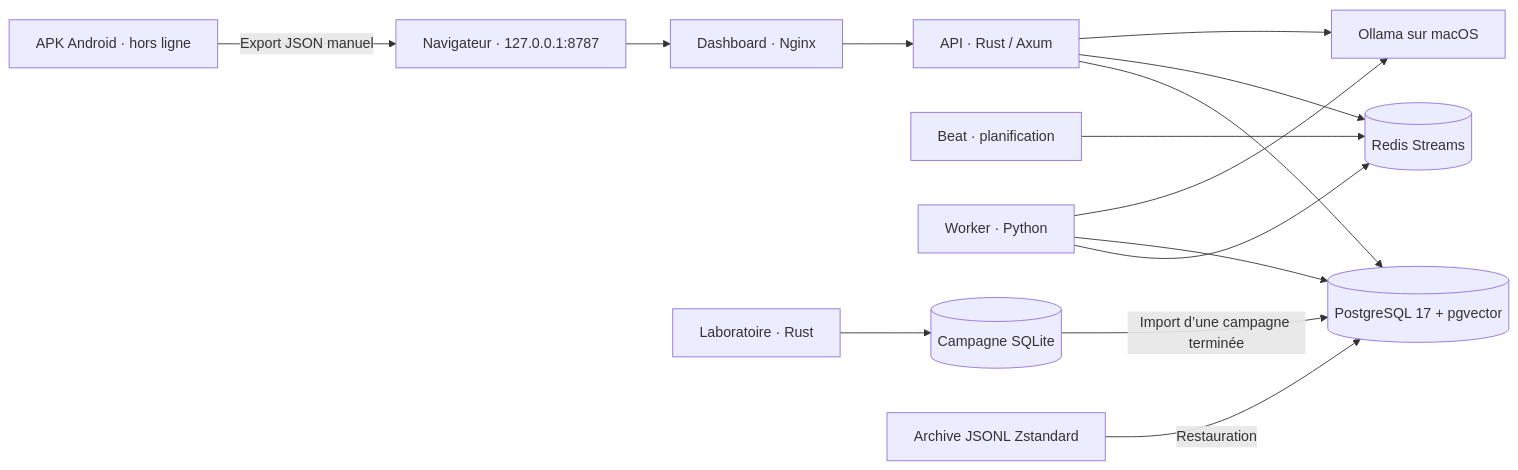
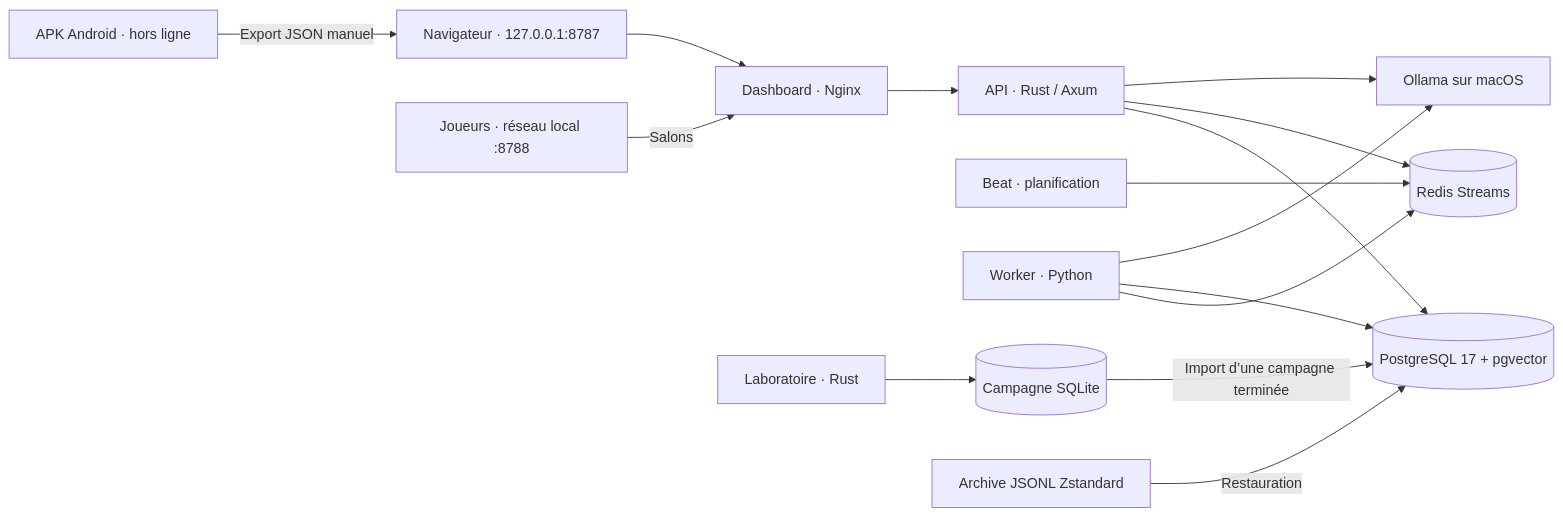
One commit to nabz0r/Tibop changed the diagram in docs/ARCHITECTURE.md. Above: the diagram before and after it, drawn with Mermaid. The commit also changed other lines of this file and 47 other files, not shown here.

````diff
--- a/docs/ARCHITECTURE.md
+++ b/docs/ARCHITECTURE.md
@@ -5,16 +5,17 @@
 ```mermaid
 flowchart LR
     U["Navigateur · 127.0.0.1:8787"] --> D["Dashboard · Nginx"]
+    J["Joueurs · réseau local :8788"] -->|Salons| D
     D --> A["API · Rust / Axum"]
     A --> P[("PostgreSQL 17 + pgvector")]
     A --> R[("Redis Streams")]
     B["Beat · planification"] --> R
     W["Worker · Python"] --> R
     W --> P
     W --> O["Ollama sur macOS"]
     A --> O
     M["APK Android · hors ligne"] -->|Export JSON manuel| U
     L["Laboratoire · Rust"] --> S[("Campagne SQLite")]
     S -->|Import d’une campagne terminée| P
     Z["Archive JSONL Zstandard"] -->|Restauration| P
 ```
````
